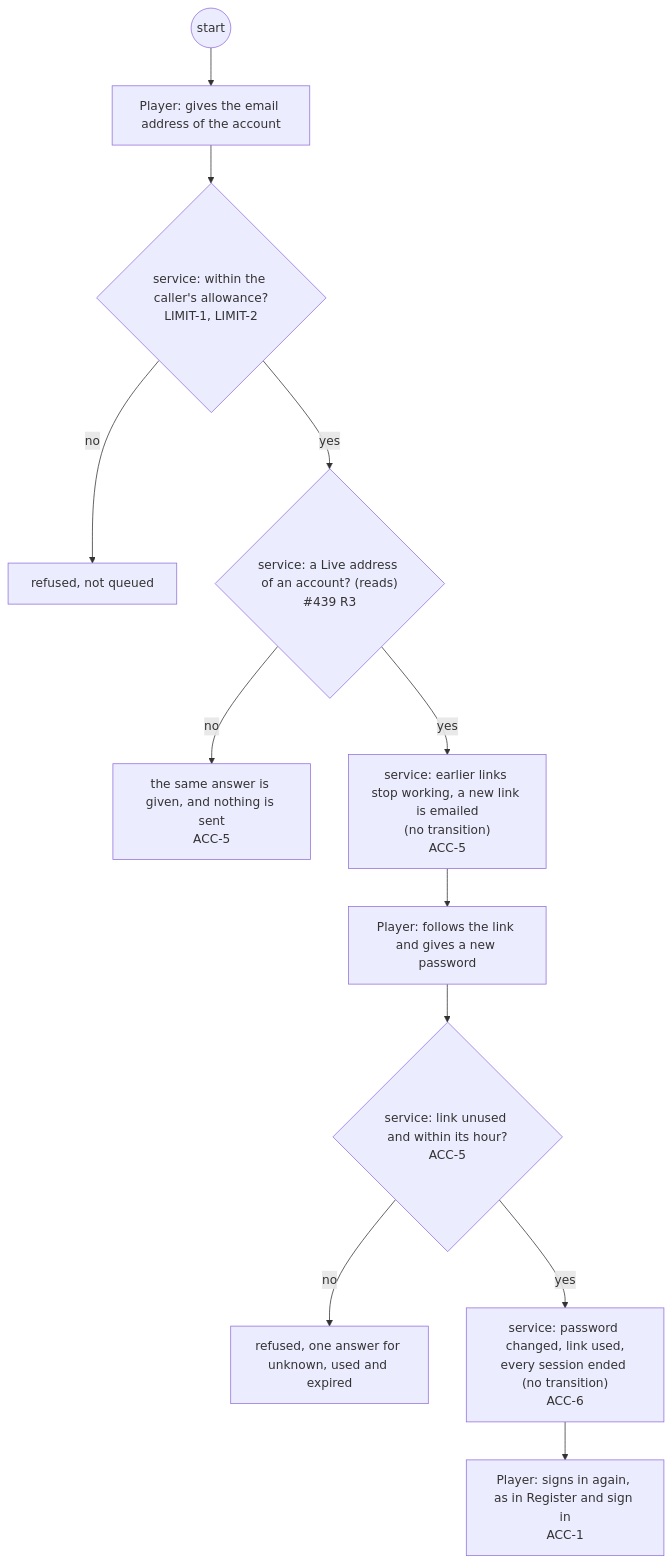
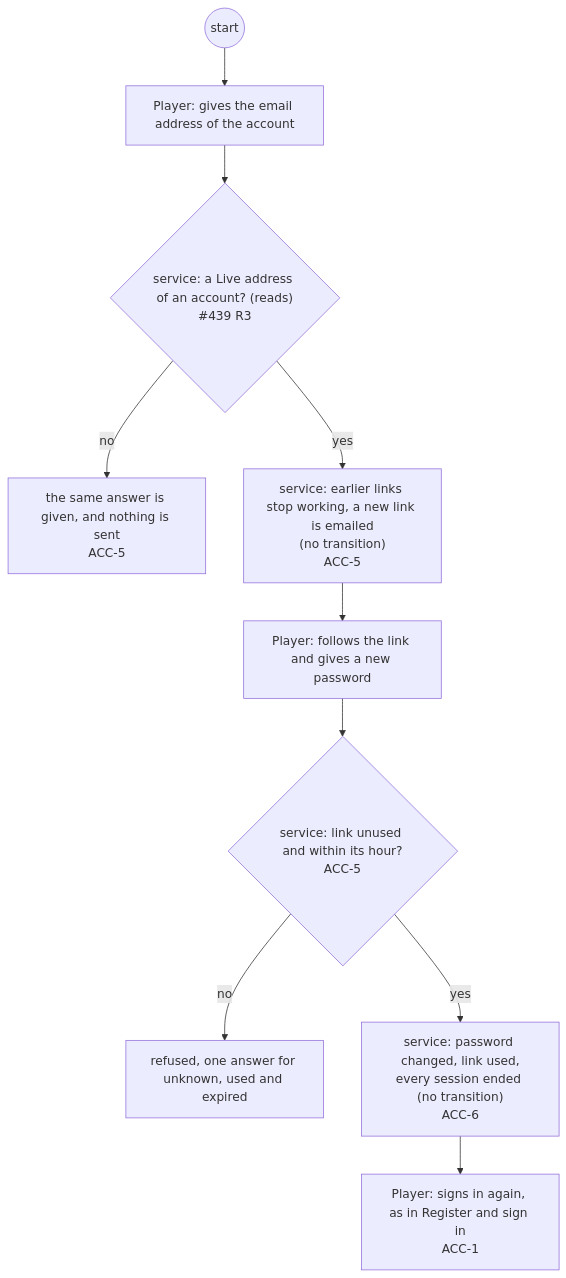
One commit to delphside/programme changed the sixth of 29 diagrams in docs/changes/workstreams/application-game-architecture/71-one-game-model/71-functional.md. Above: the diagram before and after it, drawn with Mermaid. The commit also changed other lines of this file, not shown here.

````diff
--- a/docs/changes/workstreams/application-game-architecture/71-one-game-model/71-functional.md
+++ b/docs/changes/workstreams/application-game-architecture/71-one-game-model/71-functional.md
@@ -148,14 +146,12 @@
 ```mermaid
 flowchart TD
   s0((start)) --> p1["Player: gives the email address of the account"]
-  p1 --> v1{"service: within the caller's allowance?<br/>LIMIT-1, LIMIT-2"}
-  v1 -- no --> r1["refused, not queued"]
-  v1 -- yes --> v2{"service: a Live address of an account? (reads)<br/>#439 R3"}
+  p1 --> v2{"service: a Live address of an account? (reads)<br/>#439 R3"}
   v2 -- no --> a1["the same answer is given, and nothing is sent<br/>ACC-5"]
   v2 -- yes --> t1["service: earlier links stop working, a new link is emailed<br/>(no transition)<br/>ACC-5"]
   t1 --> p2["Player: follows the link and gives a new password"]
   p2 --> v3{"service: link unused and within its hour?<br/>ACC-5"}
   v3 -- no --> r2["refused, one answer for unknown, used and expired"]
   v3 -- yes --> t2["service: password changed, link used,<br/>every session ended (no transition)<br/>ACC-6"]
   t2 --> p3["Player: signs in again, as in Register and sign in<br/>ACC-1"]
 ```
````
